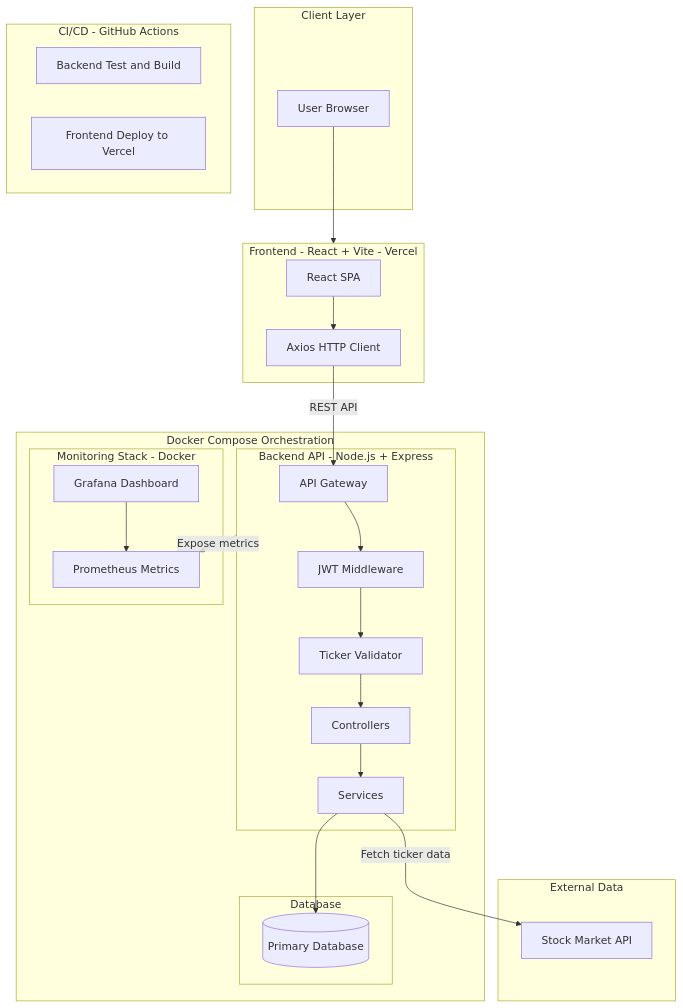
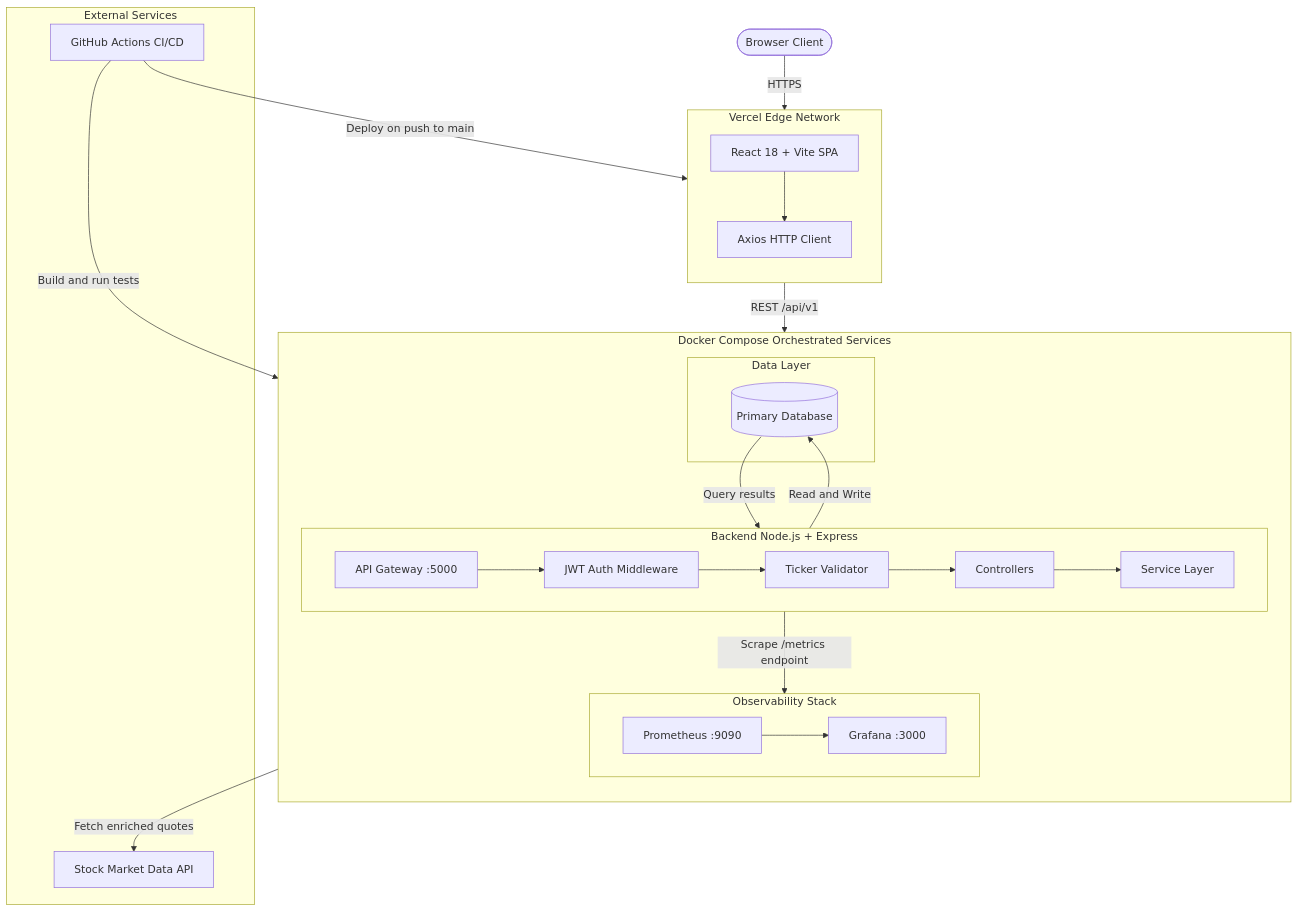
One commit to ALTIQUUM/Vaultlink changed the first of 3 diagrams in README.md. Above: the diagram before and after it, drawn with Mermaid. The commit also changed other lines of this file, not shown here.

First line of the commit message:
Revise architecture and CI/CD diagrams in README

````diff
--- a/README.md
+++ b/README.md
@@ -52,52 +52,50 @@
 ```mermaid
 graph TB
-    subgraph Client ["Client Layer"]
-        USER[User Browser]
+    USER([Browser Client])
+
+    subgraph VERCEL [Vercel Edge Network]
+        direction TB
+        FE[React 18 + Vite SPA]
+        AXIOS[Axios HTTP Client]
+        FE --> AXIOS
     end
 
-    subgraph Frontend ["Frontend - React + Vite - Vercel"]
-        FE[React SPA]
-        FE_AX[Axios HTTP Client]
-        FE --> FE_AX
+    subgraph DOCKER [Docker Compose Orchestrated Services]
+        direction TB
+
+        subgraph API_LAYER [Backend Node.js + Express]
+            direction LR
+            GW[API Gateway :5000]
+            AUTH[JWT Auth Middleware]
+            VAL[Ticker Validator]
+            CTRL[Controllers]
+            SVC[Service Layer]
+            GW --> AUTH --> VAL --> CTRL --> SVC
+        end
+
+        subgraph DB_LAYER [Data Layer]
+            DB[(Primary Database)]
+        end
+
+        subgraph OBS_LAYER [Observability Stack]
+            direction LR
+            PROM[Prometheus :9090]
+            GRAF[Grafana :3000]
+            PROM --> GRAF
+        end
     end
 
-    subgraph CI ["CI/CD - GitHub Actions"]
-        GHA_BE[Backend Test and Build]
-        GHA_FE[Frontend Deploy to Vercel]
+    subgraph EXTERNAL [External Services]
+        STOCK[Stock Market Data API]
+        GH[GitHub Actions CI/CD]
     end
 
-    subgraph Backend ["Backend API - Node.js + Express"]
-        GW[API Gateway]
-        AUTH[JWT Middleware]
-        VAL[Ticker Validator]
-        CTRL[Controllers]
-        SVC[Services]
-        GW --> AUTH --> VAL --> CTRL --> SVC
-    end
-
-    subgraph External ["External Data"]
-        STOCK_API[Stock Market API]
-    end
-
-    subgraph Data ["Database"]
-        DB[(Primary Database)]
-    end
-
-    subgraph Monitoring ["Monitoring Stack - Docker"]
-        GRAF[Grafana Dashboard]
-        PROM[Prometheus Metrics]
-        GRAF --> PROM
-    end
-
-    subgraph Docker ["Docker Compose Orchestration"]
-        Backend
-        Data
-        Monitoring
-    end
-
-    USER --> Frontend
-    FE_AX -->|REST API| GW
-    SVC -->|Fetch ticker data| STOCK_API
-    SVC --> DB
-    Backend -->|Expose metrics| PROM
+    USER -->|HTTPS| FE
+    AXIOS -->|REST /api/v1| GW
+    SVC -->|Fetch enriched quotes| STOCK
+    SVC -->|Read and Write| DB
+    DB -->|Query results| SVC
+    API_LAYER -->|Scrape /metrics endpoint| PROM
+    GH -->|Deploy on push to main| VERCEL
+    GH -->|Build and run tests| DOCKER
 ```
````
